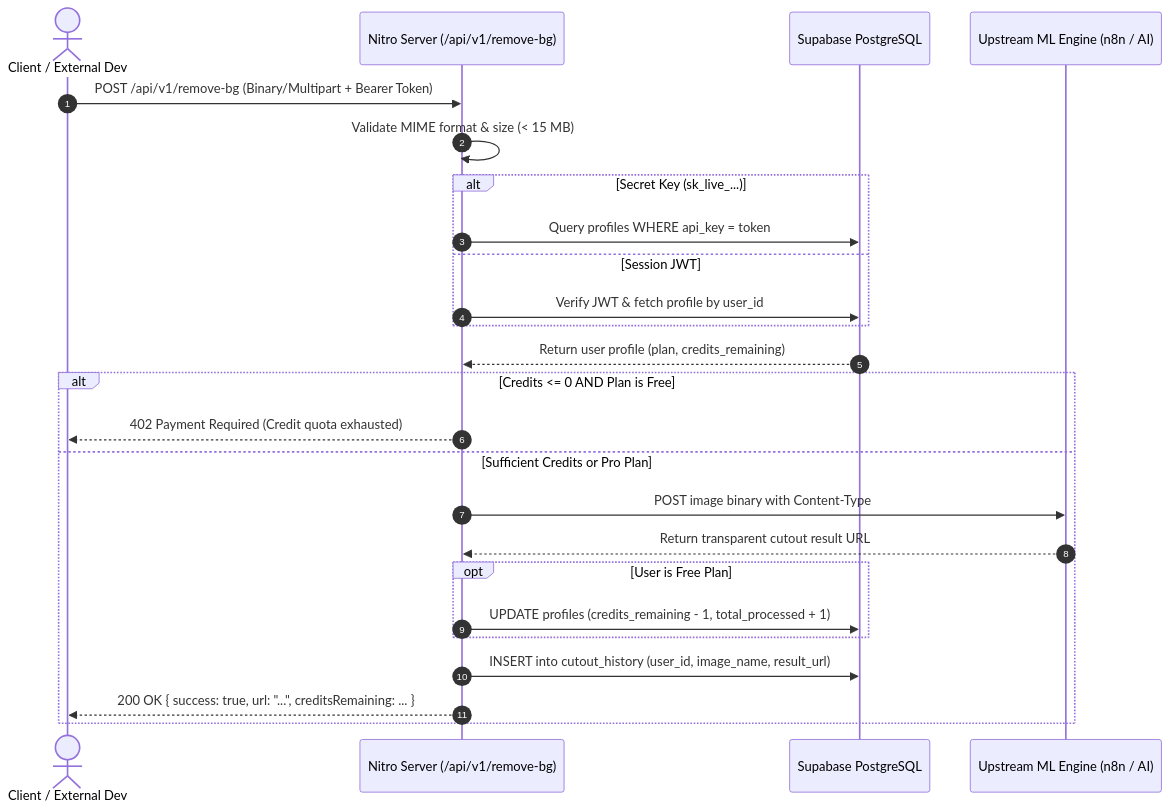
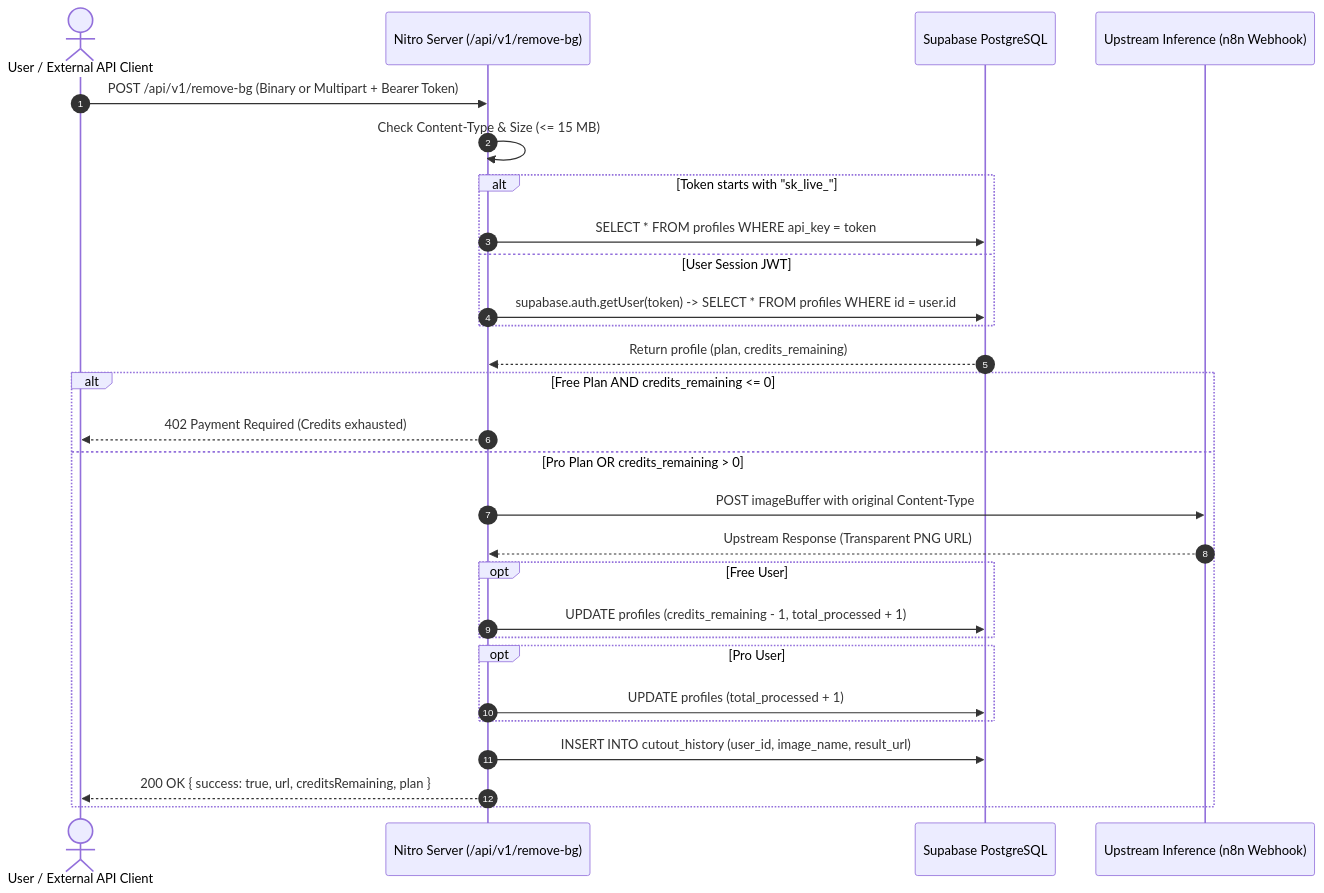
Before and after one commit to still-trying/Sn_apKut-AI: the second of 5 diagrams in README.md, drawn with Mermaid. The commit also changed other lines of this file, not shown here.

Commit message:
docs: make README 100% genuine with verified pricing, architecture and real codebase schemas

````diff
--- a/README.md
+++ b/README.md
@@ -125,33 +136,36 @@
 ```mermaid
 sequenceDiagram
     autonumber
-    actor User as Client / External Dev
+    actor Client as User / External API Client
     participant Server as Nitro Server (/api/v1/remove-bg)
     participant DB as Supabase PostgreSQL
-    participant AI as Upstream ML Engine (n8n / AI)
+    participant ML as Upstream Inference (n8n Webhook)
 
-    User->>Server: POST /api/v1/remove-bg (Binary/Multipart + Bearer Token)
-    Server->>Server: Validate MIME format & size (< 15 MB)
-    
-    alt Secret Key (sk_live_...)
-        Server->>DB: Query profiles WHERE api_key = token
-    else Session JWT
-        Server->>DB: Verify JWT & fetch profile by user_id
+    Client->>Server: POST /api/v1/remove-bg (Binary or Multipart + Bearer Token)
+    Server->>Server: Check Content-Type & Size (<= 15 MB)
+
+    alt Token starts with "sk_live_"
+        Server->>DB: SELECT * FROM profiles WHERE api_key = token
+    else User Session JWT
+        Server->>DB: supabase.auth.getUser(token) -> SELECT * FROM profiles WHERE id = user.id
     end
 
-    DB-->>Server: Return user profile (plan, credits_remaining)
+    DB-->>Server: Return profile (plan, credits_remaining)
 
-    alt Credits <= 0 AND Plan is Free
-        Server-->>User: 402 Payment Required (Credit quota exhausted)
-    else Sufficient Credits or Pro Plan
-        Server->>AI: POST image binary with Content-Type
-        AI-->>Server: Return transparent cutout result URL
+    alt Free Plan AND credits_remaining <= 0
+        Server-->>Client: 402 Payment Required (Credits exhausted)
+    else Pro Plan OR credits_remaining > 0
+        Server->>ML: POST imageBuffer with original Content-Type
+        ML-->>Server: Upstream Response (Transparent PNG URL)
         
-        opt User is Free Plan
+        opt Free User
             Server->>DB: UPDATE profiles (credits_remaining - 1, total_processed + 1)
         end
+        opt Pro User
+            Server->>DB: UPDATE profiles (total_processed + 1)
+        end
         
-        Server->>DB: INSERT into cutout_history (user_id, image_name, result_url)
-        Server-->>User: 200 OK { success: true, url: "...", creditsRemaining: ... }
+        Server->>DB: INSERT INTO cutout_history (user_id, image_name, result_url)
+        Server-->>Client: 200 OK { success: true, url, creditsRemaining, plan }
     end
 ```
````
